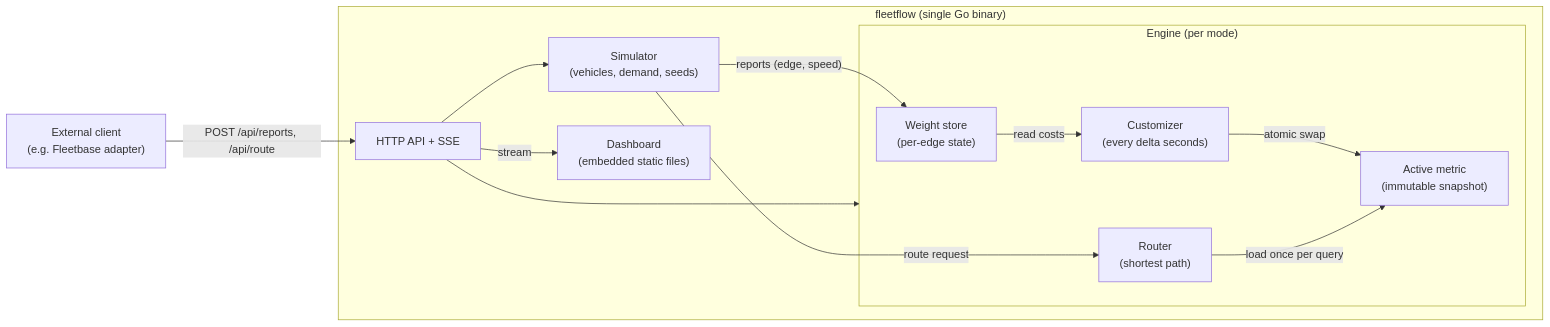
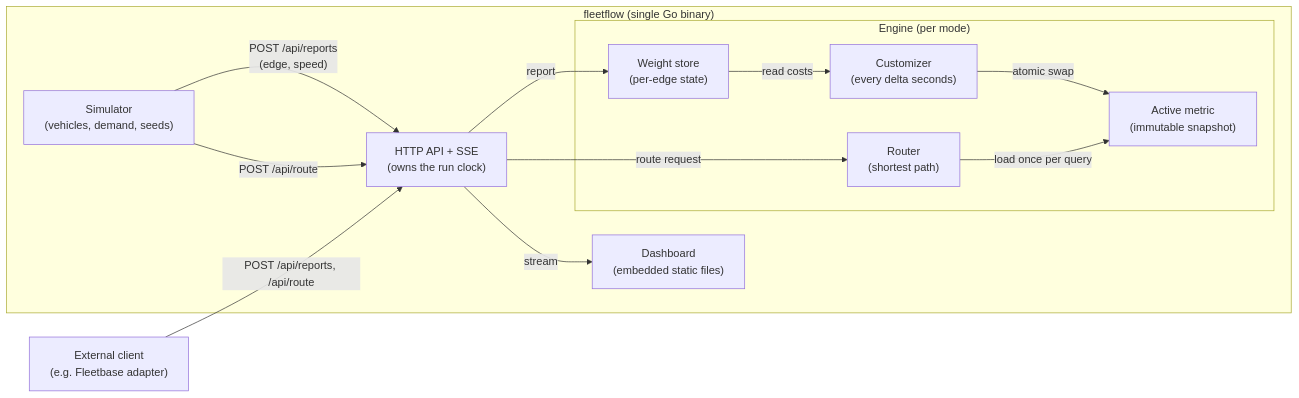
The diagram in DESIGN.md (Fred-CodeCrafts/fleetflow), drawn with Mermaid before and after one commit. The commit also changed other lines of this file, not shown here.

First line of the commit message:
docs: route simulated traffic through the public api

````diff
--- a/DESIGN.md
+++ b/DESIGN.md
@@ -31,24 +34,24 @@
 ```mermaid
 flowchart LR
     subgraph Binary["fleetflow (single Go binary)"]
-        SIM["Simulator<br/>(vehicles, demand, seeds)"]
+        API["HTTP API + SSE<br/>(owns the run clock)"]
         subgraph ENG["Engine (per mode)"]
             WS["Weight store<br/>(per-edge state)"]
             CUST["Customizer<br/>(every delta seconds)"]
             MET["Active metric<br/>(immutable snapshot)"]
             RT["Router<br/>(shortest path)"]
         end
-        API["HTTP API + SSE"]
+        SIM["Simulator<br/>(vehicles, demand, seeds)"]
         WEB["Dashboard<br/>(embedded static files)"]
     end
 
-    SIM -- "reports (edge, speed)" --> WS
+    SIM -- "POST /api/reports<br/>(edge, speed)" --> API
+    SIM -- "POST /api/route" --> API
+    API -- "report" --> WS
+    API -- "route request" --> RT
     WS -- "read costs" --> CUST
     CUST -- "atomic swap" --> MET
-    SIM -- "route request" --> RT
     RT -- "load once per query" --> MET
-    API --> SIM
-    API --> ENG
     API -- "stream" --> WEB
     EXT["External client<br/>(e.g. Fleetbase adapter)"] -- "POST /api/reports, /api/route" --> API
 ```
````
